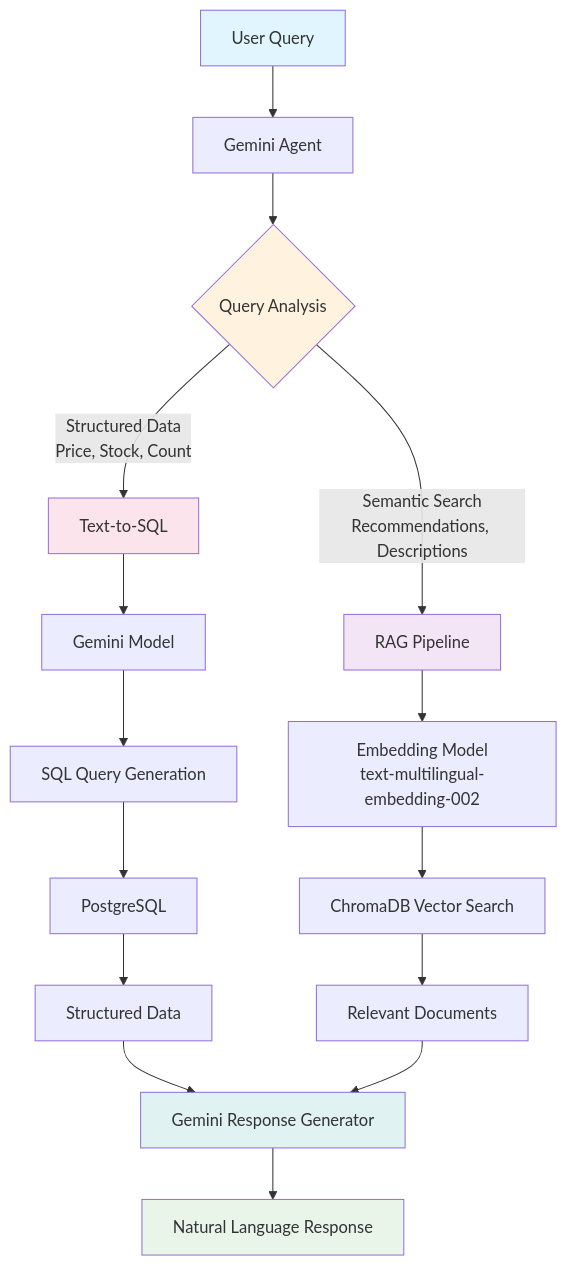
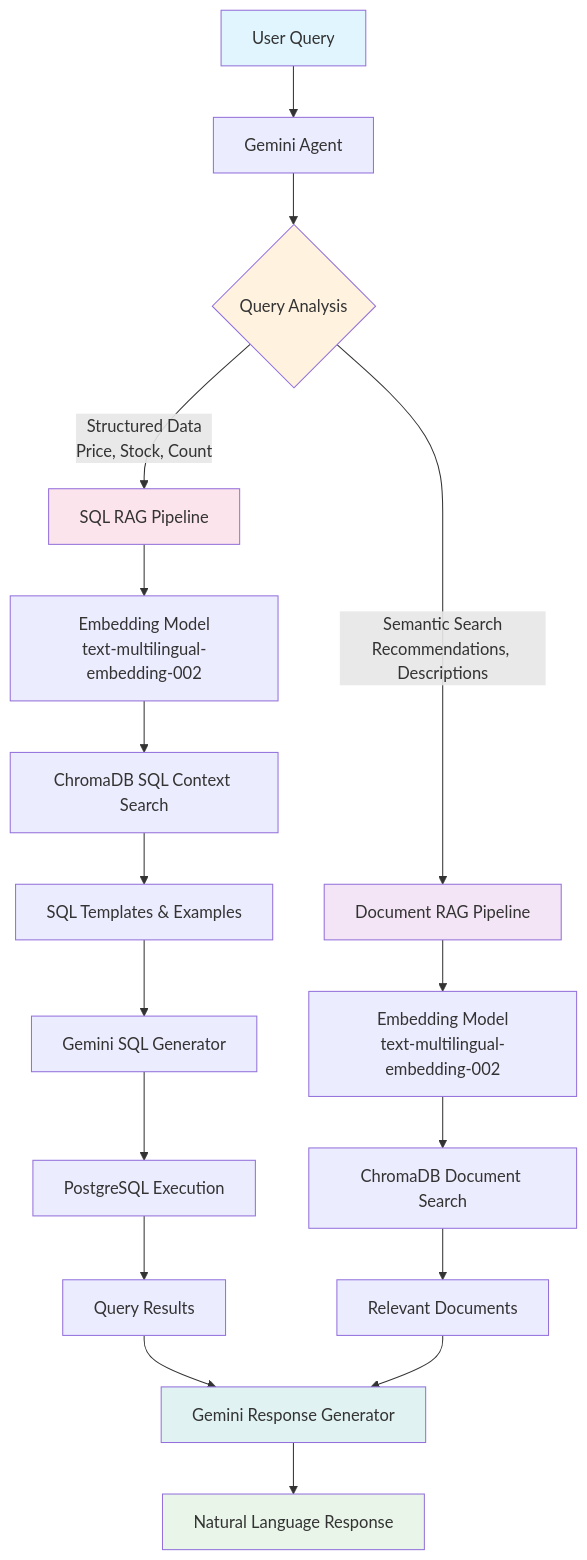
One commit to PhucVinhDEV/Lang4j changed the diagram in README.md. Above: the diagram before and after it, drawn with Mermaid. The commit also changed other lines of this file, not shown here.

````diff
--- a/README.md
+++ b/README.md
@@ -27,30 +27,32 @@
 ```mermaid
 graph TB
     A[User Query] --> B[Gemini Agent]
     
     B --> C{Query Analysis}
     
-    C -->|Structured Data<br/>Price, Stock, Count| D[Text-to-SQL]
-    C -->|Semantic Search<br/>Recommendations, Descriptions| E[RAG Pipeline]
+    C -->|Structured Data<br/>Price, Stock, Count| D[SQL RAG Pipeline]
+    C -->|Semantic Search<br/>Recommendations, Descriptions| E[Document RAG Pipeline]
     
-    D --> F[Gemini Model]
-    F --> G[SQL Query Generation]
-    G --> H[PostgreSQL]
-    H --> I[Structured Data]
+    D --> F[Embedding Model<br/>text-multilingual-embedding-002]
+    F --> G[ChromaDB SQL Context Search]
+    G --> H[SQL Templates & Examples]
+    H --> I[Gemini SQL Generator]
+    I --> J[PostgreSQL Execution]
+    J --> K[Query Results]
     
-    E --> J[Embedding Model<br/>text-multilingual-embedding-002]
-    J --> K[ChromaDB Vector Search]
-    K --> L[Relevant Documents]
+    E --> L[Embedding Model<br/>text-multilingual-embedding-002]
+    L --> M[ChromaDB Document Search]
+    M --> N[Relevant Documents]
     
-    I --> M[Gemini Response Generator]
-    L --> M
+    K --> O[Gemini Response Generator]
+    N --> O
     
-    M --> N[Natural Language Response]
+    O --> P[Natural Language Response]
     
     style A fill:#e1f5fe
-    style N fill:#e8f5e8
+    style P fill:#e8f5e8
     style C fill:#fff3e0
     style D fill:#fce4ec
     style E fill:#f3e5f5
-    style M fill:#e0f2f1
+    style O fill:#e0f2f1
 ```
````
